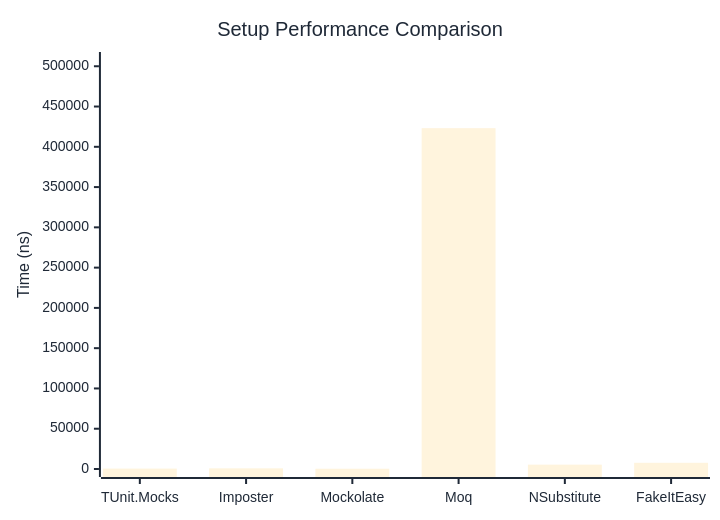
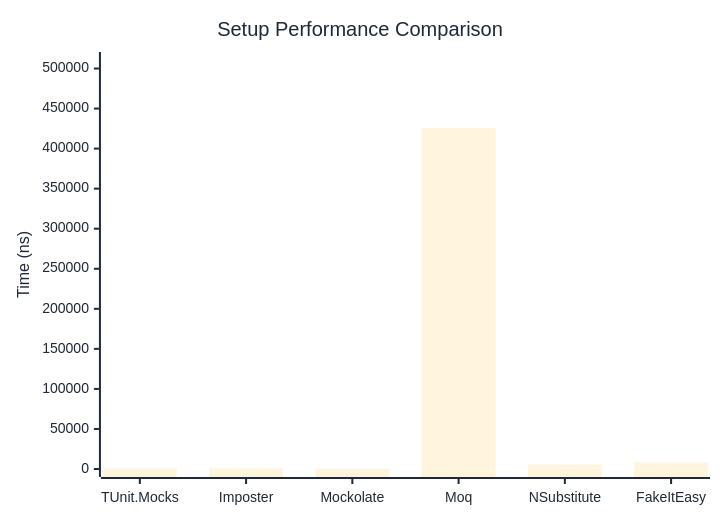
Before and after one commit to thomhurst/TUnit: the first of 2 diagrams in docs/docs/benchmarks/mocks/Setup.md, drawn with Mermaid. The commit also changed other lines of this file and 14 other files, not shown here.

````diff
--- a/docs/docs/benchmarks/mocks/Setup.md
+++ b/docs/docs/benchmarks/mocks/Setup.md
@@ -28,27 +28,27 @@
 ```mermaid
 %%{init: {
   'theme':'base',
   'themeVariables': {
     'primaryColor': '#2563eb',
     'primaryTextColor': '#1f2937',
     'primaryBorderColor': '#1e40af',
     'lineColor': '#6b7280',
     'secondaryColor': '#7c3aed',
     'tertiaryColor': '#dc2626',
     'background': '#ffffff',
     'pie1': '#2563eb',
     'pie2': '#7c3aed',
     'pie3': '#dc2626',
     'pie4': '#f59e0b',
     'pie5': '#10b981',
     'pie6': '#06b6d4',
     'pie7': '#ec4899',
     'pie8': '#6366f1'
   }
 }}%%
 xychart-beta
   title "Setup Performance Comparison"
   x-axis ["TUnit.Mocks", "Imposter", "Mockolate", "Moq", "NSubstitute", "FakeItEasy"]
-  y-axis "Time (ns)" 0 --> 507761
-  bar [499.5, 820.6, 320.9, 423133.4, 5405.4, 7723.5]
+  y-axis "Time (ns)" 0 --> 510614
+  bar [505.5, 766.9, 322.4, 425511.3, 5529.3, 8191.7]
 ```
````
